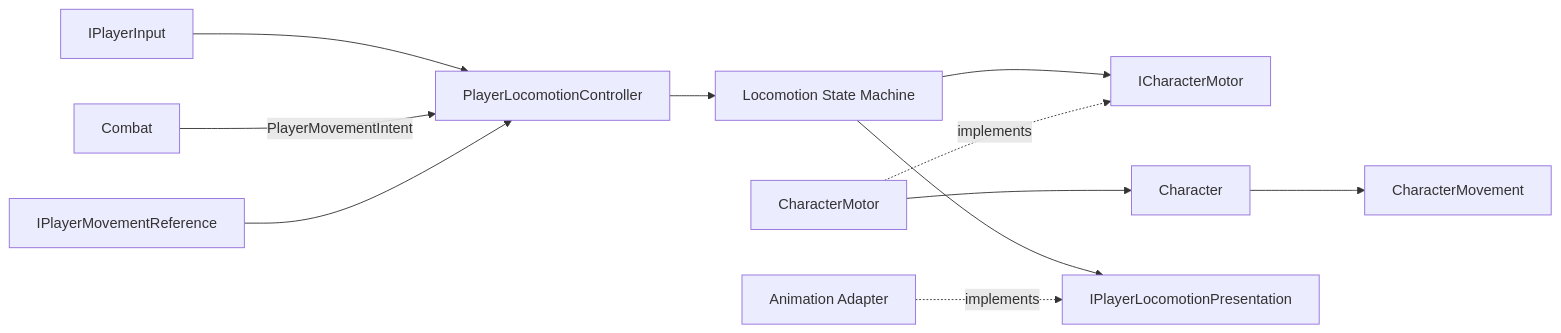
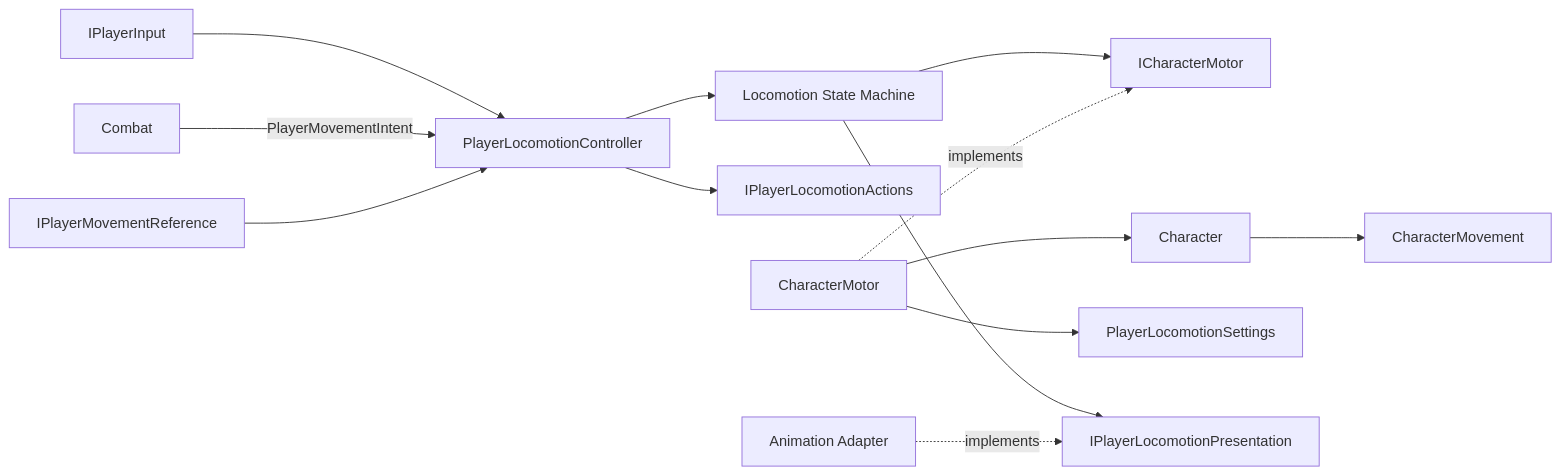
The third of 3 diagrams in Docs/Architecture/Player.Locomotion.md (MaximFonariuc/project-s), drawn with Mermaid before and after one commit. The commit also changed other lines of this file and 21 other files, not shown here.

````diff
--- a/Docs/Architecture/Player.Locomotion.md
+++ b/Docs/Architecture/Player.Locomotion.md
@@ -147,13 +166,15 @@
 ```mermaid
 flowchart LR
     Input["IPlayerInput"] --> Controller["PlayerLocomotionController"]
     Combat["Combat"] -->|"PlayerMovementIntent"| Controller
     CameraBasis["IPlayerMovementReference"] --> Controller
     Controller --> Machine["Locomotion State Machine"]
+    Controller --> Actions["IPlayerLocomotionActions"]
     Machine --> MotorPort["ICharacterMotor"]
     Motor["CharacterMotor"] -.implements.-> MotorPort
     Motor --> Character
+    Motor --> Settings["PlayerLocomotionSettings"]
     Character --> Collision["CharacterMovement"]
     Machine --> Presentation["IPlayerLocomotionPresentation"]
     AnimationAdapter["Animation Adapter"] -.implements.-> Presentation
 ```
````
